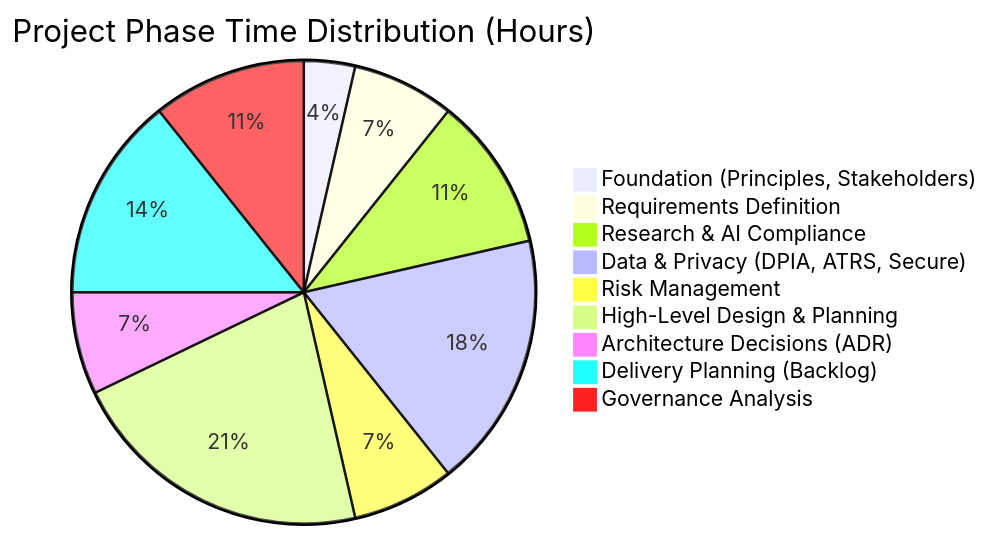
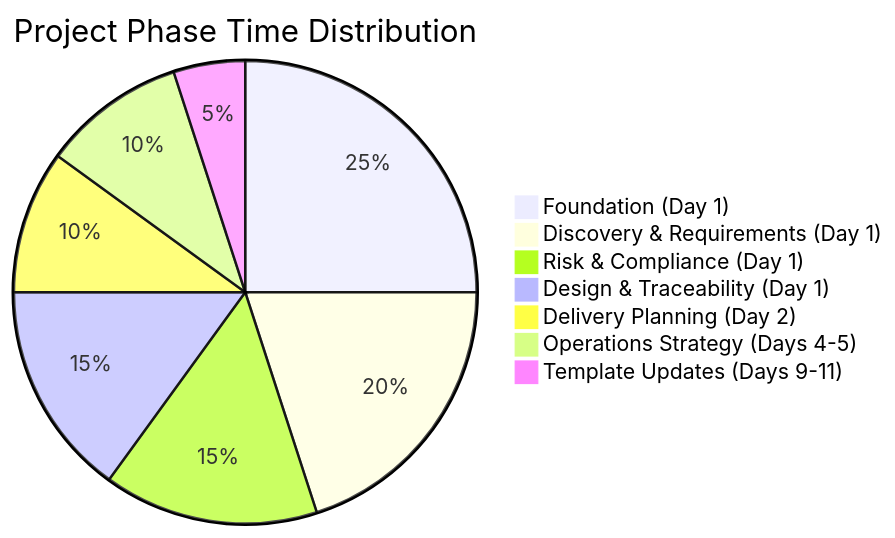
The third of 10 diagrams in projects/001-scts-genai-programme/PROJECT-STORY.md (tractorjuice/arckit-test-project-v14-scottish-courts), drawn with Mermaid before and after one commit. The commit also changed other lines of this file, not shown here.

First line of the commit message:
docs: update PROJECT-STORY.md to v2.0 with comprehensive timeline analysis

````diff
--- a/projects/001-scts-genai-programme/PROJECT-STORY.md
+++ b/projects/001-scts-genai-programme/PROJECT-STORY.md
@@ -233,12 +218,10 @@
 ```mermaid
-pie title Project Phase Time Distribution (Hours)
-    "Foundation (Principles, Stakeholders)" : 0.25
-    "Requirements Definition" : 0.5
-    "Research & AI Compliance" : 0.75
-    "Data & Privacy (DPIA, ATRS, Secure)" : 1.25
-    "Risk Management" : 0.5
-    "High-Level Design & Planning" : 1.5
-    "Architecture Decisions (ADR)" : 0.5
-    "Delivery Planning (Backlog)" : 1.0
-    "Governance Analysis" : 0.75
+pie title Project Phase Time Distribution
+    "Foundation (Day 1)" : 25
+    "Discovery & Requirements (Day 1)" : 20
+    "Risk & Compliance (Day 1)" : 15
+    "Design & Traceability (Day 1)" : 15
+    "Delivery Planning (Day 2)" : 10
+    "Operations Strategy (Days 4-5)" : 10
+    "Template Updates (Days 9-11)" : 5
 ```
````
